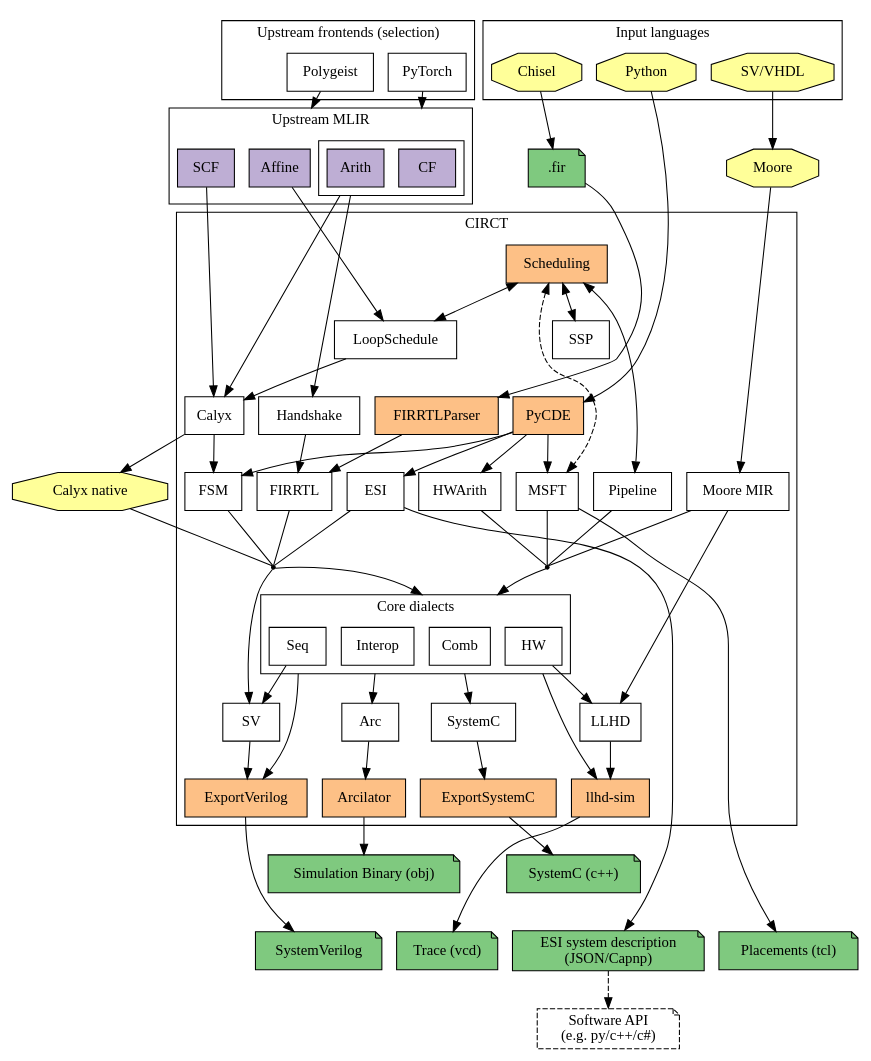
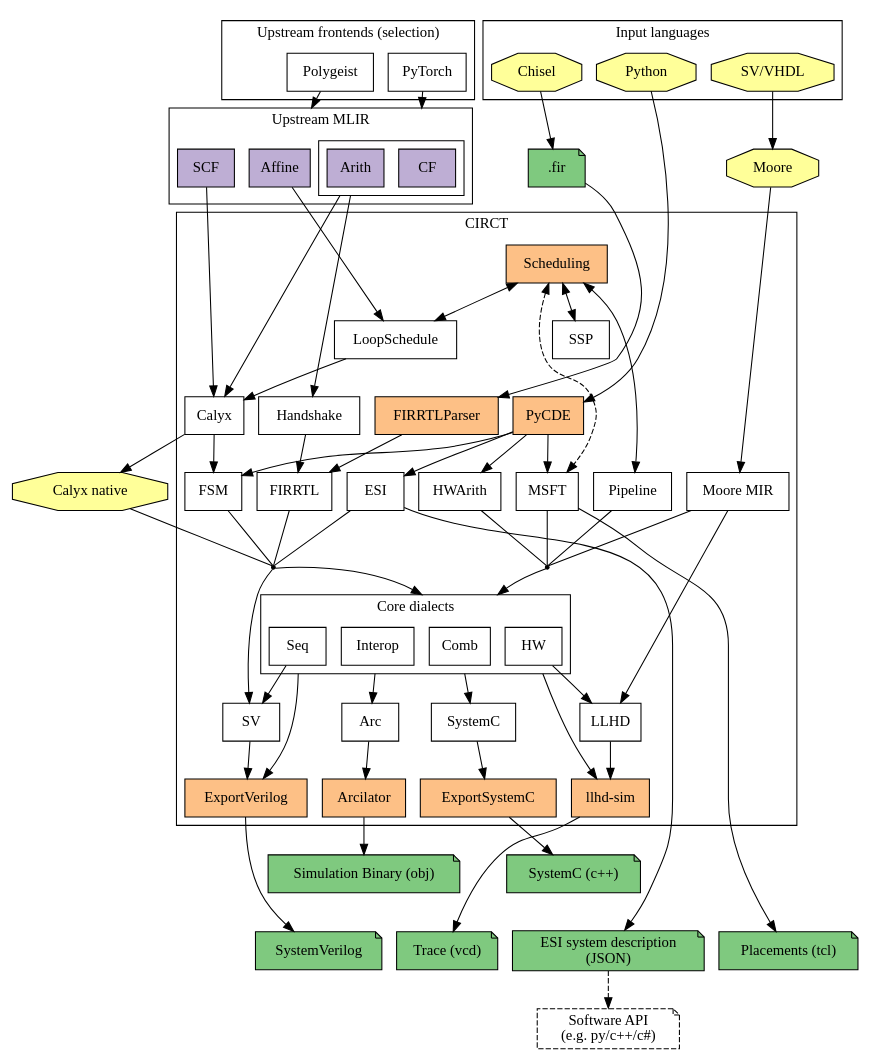
Before and after one commit to thomasnormal/circt: the diagram in docs/dialects.dot, drawn with Graphviz. The commit also changed 31 other files, not shown here.

First line of the commit message:
[ESI] Move Cap'nProto into ESI runtime (#6354)

```diff
--- a/docs/dialects.dot
+++ b/docs/dialects.dot
@@ -1,183 +1,182 @@
 digraph G {
   // Note: Remember to run the circt/utils/update-docs-dialects.sh script after
   // modifying this file to regenerate the .svg and .png renders of the graph.
   rankdir = TB
   splines=spline
   node [shape=box style=filled fillcolor="white"]
   nodesep=0.2 // horizontal compression
   ranksep=0.5 // vertical compression
   compound=true
 
   // MLIR frontends
   subgraph cluster_mlir_frontends {
     label = "Upstream frontends (selection)"
     PyTorch
     Polygeist
   }
 
   // MLIR dialects
   subgraph cluster_mlir {
     label = "Upstream MLIR";
     node [fillcolor="#beaed4"]
     SCF Affine
     subgraph cluster_std_arith_dialect {
       label = ""
       CF
       Arith
     }
   }
   PyTorch -> CF [lhead=cluster_mlir]
   Polygeist -> Affine [lhead=cluster_mlir]
 
   subgraph cluster_circt {
     label = "CIRCT"
     // Internal frontend tools
     subgraph frontend_internal_tools{
       node [fillcolor="#fdc086"]
       FIRRTLParser
       PyCDE [URL="https://circt.llvm.org/docs/PyCDE/"]
       Scheduling [URL="https://circt.llvm.org/docs/Scheduling/"]
     }
 
     // CIRCT dialects
     Handshake [URL="https://circt.llvm.org/docs/Dialects/Handshake/"]
     Calyx [URL="https://circt.llvm.org/docs/Dialects/Calyx/"]
     FIRRTL [URL="https://circt.llvm.org/docs/Dialects/FIRRTL/"]
     Pipeline [URL="https://circt.llvm.org/docs/Dialects/Pipeline/"]
     LoopSchedule [URL="https://circt.llvm.org/docs/Dialects/LoopSchedule/"]
     SSP [URL="https://circt.llvm.org/docs/Dialects/SSP/"]
     MSFT [URL="https://circt.llvm.org/docs/Dialects/MSFT/"]
     ESI [URL="https://circt.llvm.org/docs/Dialects/ESI/"]
     FSM [URL="https://circt.llvm.org/docs/Dialects/FSM/"]
     HWArith [URL="https://circt.llvm.org/docs/Dialects/HWArith/"]
     MooreMIR [URL="https://circt.llvm.org/docs/Dialects/Moore/", label="Moore MIR"]
 
     // Intermediate node to target when lowering to both SV and Core dialects
     lower_to_sv_and_core [shape=point label="" fillcolor=black]
     
     // Intermediate node to target when lowering to Core dialects
     lower_to_core [shape=point label="" fillcolor=black]
     
     // Invisible node to make space for RTL cluster's incoming edges.
     space_above_RTL [style = invis, label=""]
 
     // Core dialects
     subgraph cluster_RTL {
       label = "Core dialects"
       Seq [URL="https://circt.llvm.org/docs/Dialects/Seq/"]
       HW [URL="https://circt.llvm.org/docs/Dialects/HW/"]
       Comb [URL="https://circt.llvm.org/docs/Dialects/Comb/"]
       Interop [URL="https://circt.llvm.org/docs/Dialects/Interop/"]
     }
     LLHD [URL="https://circt.llvm.org/docs/Dialects/LLHD/"]
     Arc [URL="https://circt.llvm.org/docs/Dialects/Arc/"]
 
     // Backend dialects
     SV [URL="https://circt.llvm.org/docs/Dialects/SV/"]
     SystemC [URL="https://circt.llvm.org/docs/Dialects/SystemC/"]
 
     subgraph backend_internal_tools{
       node [fillcolor="#fdc086"]
       Arcilator
       llhd_sim [label="llhd-sim"]
       ExportSystemC
       ExportVerilog [URL="https://circt.llvm.org/docs/VerilogGeneration/"]
     }
   }
 
   // External tools
   subgraph external_tools {
     node [shape=octagon fillcolor="#ffff99"]
     Moore 
     Calyx_native [label="Calyx native"]
   }
 
   FIRFile [label=".fir" fillcolor="#7fc97f" shape="note"]
 
   subgraph cluster_input_langs {
     label = "Input languages"
     node [shape=octagon fillcolor="#ffff99"]
     Chisel
     SVVHDL [label="SV/VHDL"]
     PyFile [label="Python"]
   }
 
   // Output file formats
   subgraph output_file_formats {
     node [fillcolor="#7fc97f" shape="note"]
     VCDTrace [label="Trace (vcd)"]
     SystemCFile [label="SystemC (c++)"]
     SVFile [label="SystemVerilog"]
-    ServiceDesc [label="ESI system description\n(JSON/Capnp)"]
+    ServiceDesc [label="ESI system description\n(JSON)"]
     SoftwareAPI [label="Software API\n(e.g. py/c++/c#)" style=dashed]
     TCL [label="Placements (tcl)"]
     SimBinary [label="Simulation Binary (obj)"]
   }
 
   // ===== Connections =====
   // Dialect conversions
   SCF -> Calyx
   Affine -> LoopSchedule
   LoopSchedule -> Calyx
   Arith -> {Handshake Calyx} [ltail=cluster_std_arith_dialect]
 
   Handshake -> FIRRTL
   Calyx -> FSM
 
   // Things that lower into a subset of the RTL-like dialects. Cluster these
   // together to avoid a massive clutter.
   {Pipeline MSFT HWArith MooreMIR} -> lower_to_core [arrowhead=none]
   {ESI FIRRTL FSM} -> lower_to_sv_and_core [arrowhead=none]
   lower_to_sv_and_core -> SV
   lower_to_sv_and_core -> Comb [lhead=cluster_RTL]
   lower_to_core -> Comb [lhead=cluster_RTL]
   Seq -> SV
   {HW MooreMIR} -> LLHD
   Interop -> Arc [ltail=cluster_RTL]
   Comb -> SystemC [ltail=cluster_RTL]
   ExportVerilog -> SVFile
 
   // Tool flows
   Arc -> Arcilator
   Arcilator -> SimBinary
   Scheduling -> LoopSchedule [dir=both]
   Scheduling -> Pipeline [dir=both]
   Chisel -> FIRFile
   FIRFile -> FIRRTLParser
   FIRRTLParser -> FIRRTL
   SystemC -> ExportSystemC
   ExportSystemC -> SystemCFile
   SV -> ExportVerilog
   Seq -> ExportVerilog [ltail=cluster_RTL]
   HW -> llhd_sim [ltail=cluster_RTL]
   SVVHDL -> Moore [weight=999]
   Moore -> MooreMIR
   Calyx -> Calyx_native
   Calyx_native -> lower_to_sv_and_core [arrowhead=none]
   LLHD -> llhd_sim
   llhd_sim -> VCDTrace
-  //ESI -> CapNProto
   ESI -> ServiceDesc
   MSFT -> TCL
   PyFile -> PyCDE
   PyCDE -> {ESI MSFT HWArith FSM}
   Scheduling -> SSP [dir=both]
   Scheduling -> MSFT [dir=both, style=dashed]
   ServiceDesc -> SoftwareAPI [style=dashed]
 
   // ====== Some fake edges to coerce a good layout ======
   // Note: Modify these if you make changes to the above diagram, and things
   // start looking weird.
 
   // Leave one rank free above the RTL cluster to improve routing of incoming
   // edges.
   {FIRRTL FSM ESI MSFT HWArith MooreMIR} -> space_above_RTL [weight=999, style=invis]
   {space_above_RTL} -> {Seq HW Comb} [lhead=cluster_RTL, weight=999, style=invis]
 
   // Fix the following sink nodes below the CIRCT cluster
   SystemCFile -> {TCL ServiceDesc SVFile VCDTrace} [weight=999 style=invis]
 
   // Better organize the top.
   {PyTorch Polygeist Chisel} -> CF [weight=999 style=invis]
   FIRFile -> Scheduling [weight=999 style=invis]
 }
```
